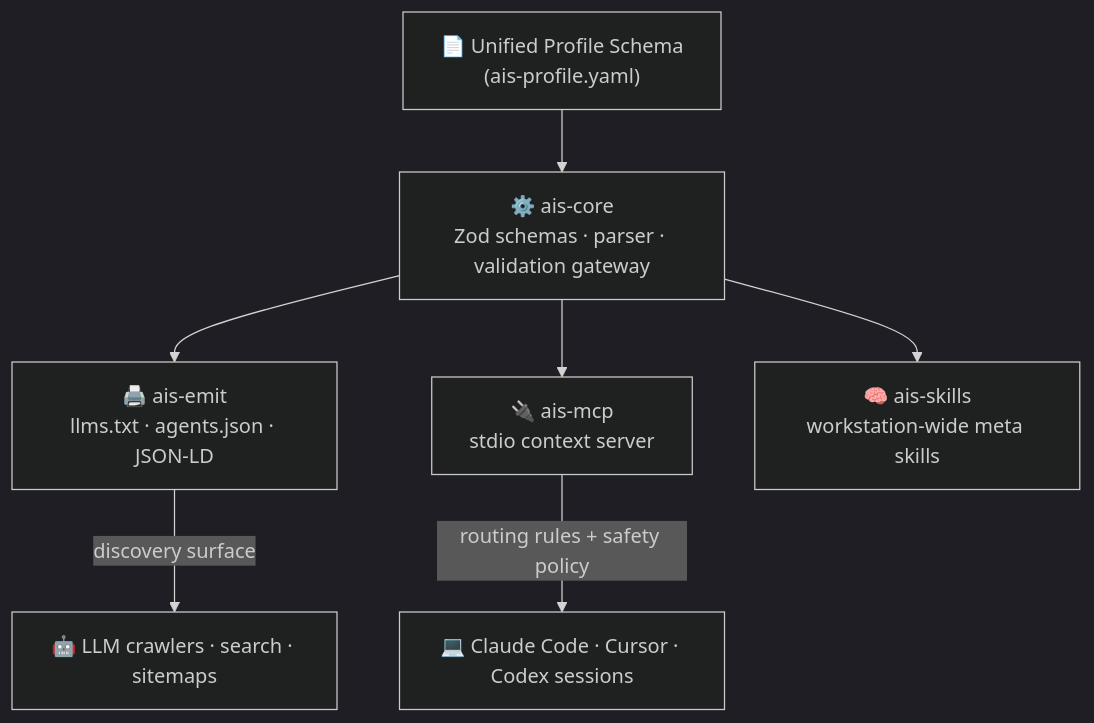
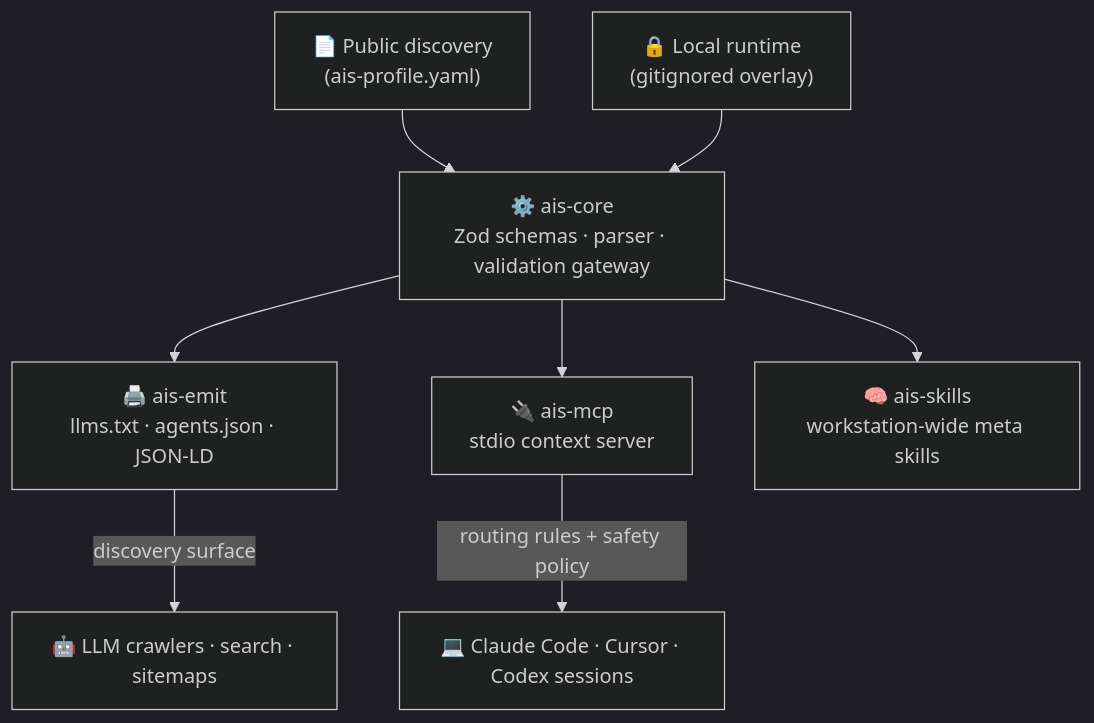
One commit to frankxai/agentic-intelligence-system changed the diagram in README.md. Above: the diagram before and after it, drawn with Mermaid (dark theme). The commit also changed other lines of this file and 12 other files, not shown here.

First line of the commit message:
fix: separate public discovery from private runtime profile (#5)

````diff
--- a/README.md
+++ b/README.md
@@ -41,15 +41,17 @@
 ```mermaid
 flowchart TB
-    Profile["📄 Unified Profile Schema<br/>(ais-profile.yaml)"]
+    Profile["📄 Public discovery<br/>(ais-profile.yaml)"]
+    Runtime["🔒 Local runtime<br/>(gitignored overlay)"]
     Core["⚙️ ais-core<br/>Zod schemas · parser · validation gateway"]
     Emit["🖨️ ais-emit<br/>llms.txt · agents.json · JSON-LD"]
     MCP["🔌 ais-mcp<br/>stdio context server"]
     Skills["🧠 ais-skills<br/>workstation-wide meta skills"]
 
     Profile --> Core
     Core --> Emit
+    Runtime --> Core
     Core --> MCP
     Core --> Skills
     Emit -->|discovery surface| Bots["🤖 LLM crawlers · search · sitemaps"]
     MCP -->|routing rules + safety policy| Terminal["💻 Claude Code · Cursor · Codex sessions"]
 ```
````
